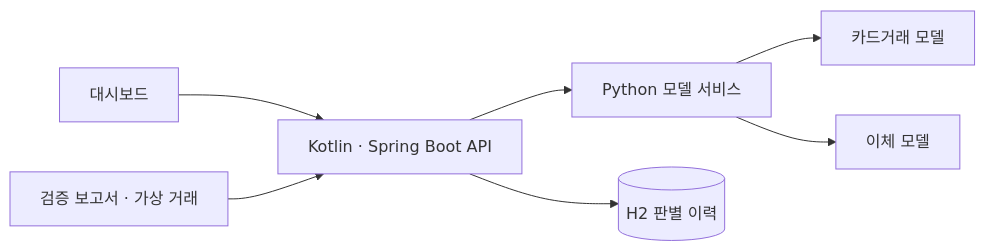
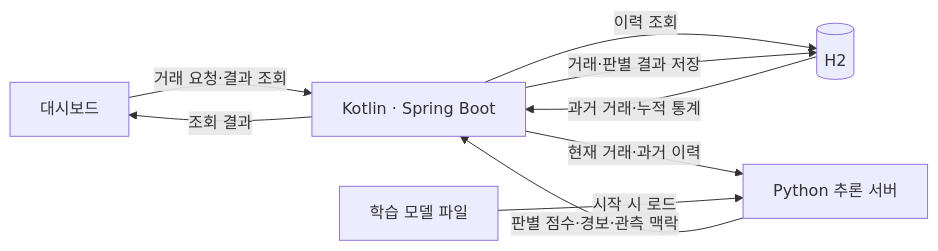
Before and after one commit to sugowslt/transaction-anomaly-detection: the diagram in README.md, drawn with Mermaid. The commit also changed other lines of this file, not shown here.

````diff
--- a/README.md
+++ b/README.md
@@ -17,9 +23,11 @@
 ```mermaid
 flowchart LR
-    Browser["대시보드"] --> Kotlin["Kotlin · Spring Boot API"]
-    Kotlin --> Python["Python 모델 서비스"]
-    Python --> Card["카드거래 모델"]
-    Python --> Transfer["이체 모델"]
-    Reports["검증 보고서 · 가상 거래"] --> Kotlin
-    Kotlin --> H2[("H2 판별 이력")]
+    UI["대시보드"] -->|거래 요청·결과 조회| API["Kotlin · Spring Boot"]
+    API -->|이력 조회| DB[("H2")]
+    DB -->|과거 거래·누적 통계| API
+    API -->|현재 거래·과거 이력| Python["Python 추론 서버"]
+    Model["학습 모델 파일"] -->|시작 시 로드| Python
+    Python -->|판별 점수·경보·관측 맥락| API
+    API -->|거래·판별 결과 저장| DB
+    API -->|조회 결과| UI
 ```
````
